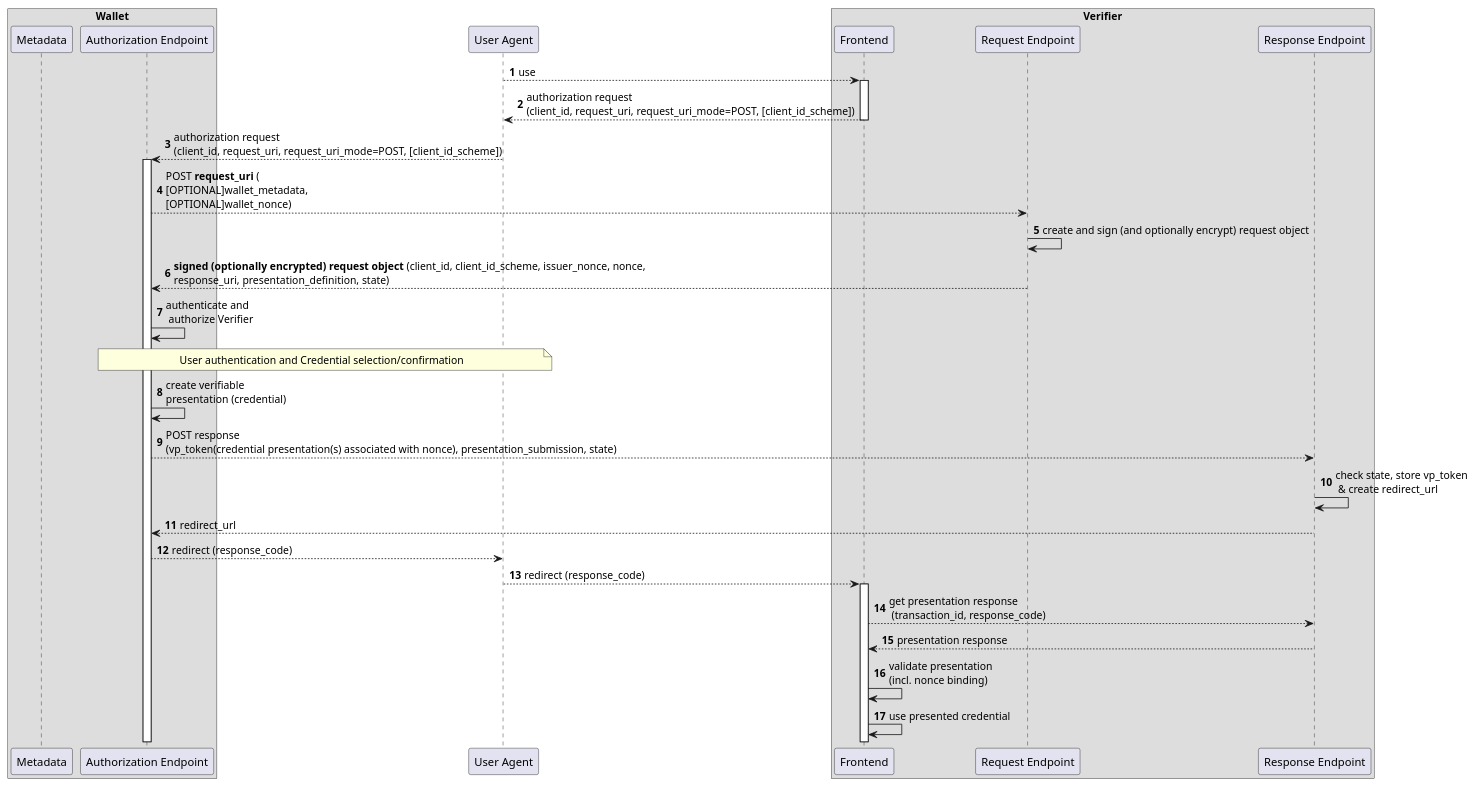
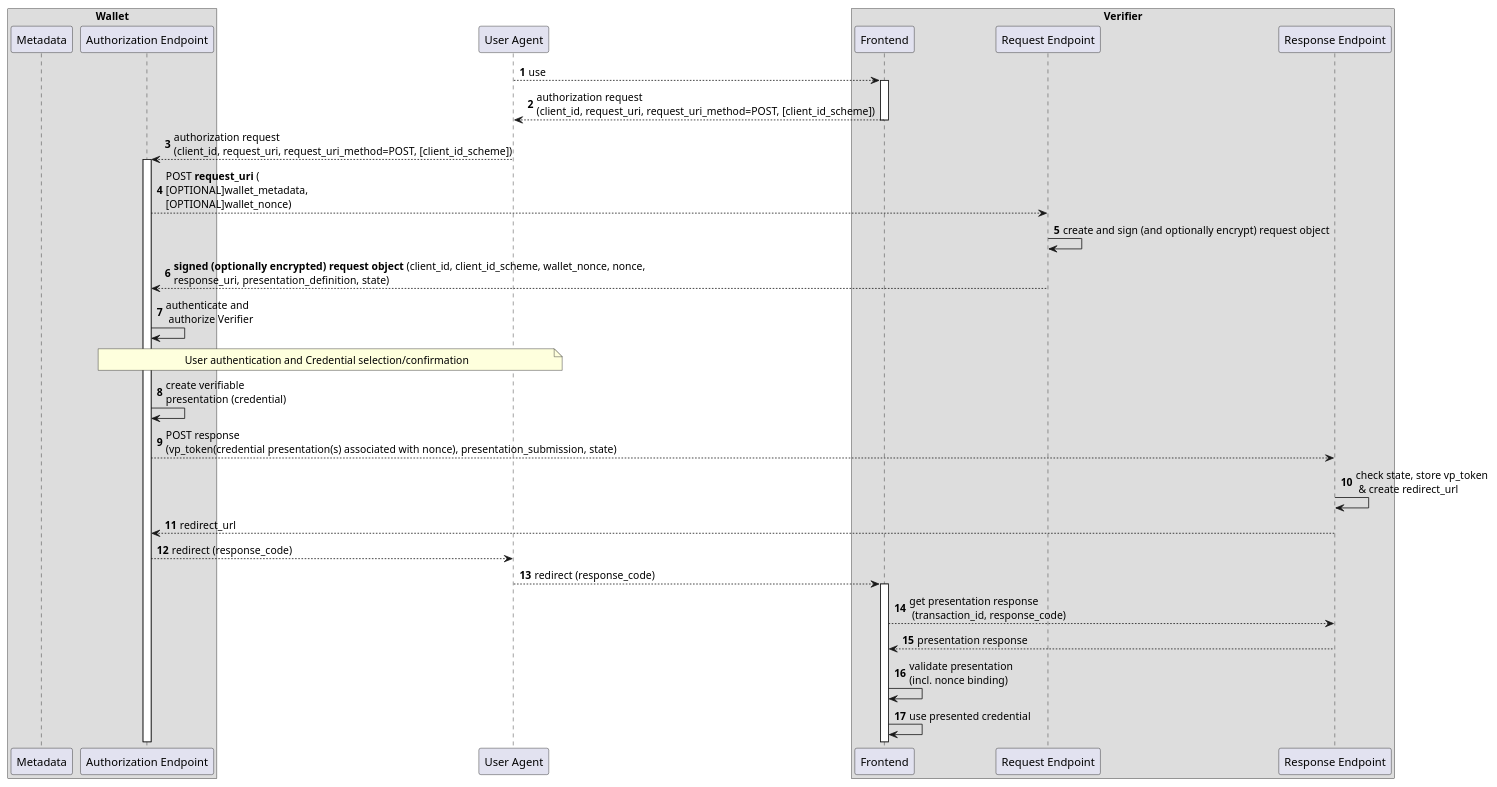
The diagram in diagrams/request_uri_mode_post.md (openid/OpenID4VP), drawn with PlantUML before and after one commit.

Commit message:
Apply suggestions from code review

````diff
--- a/diagrams/request_uri_mode_post.md
+++ b/diagrams/request_uri_mode_post.md
@@ -1,45 +1,45 @@
 ```plantuml
 @startuml
 
 autonumber
 
 box "Wallet"
 participant "Metadata" as wm
 participant "Authorization Endpoint" as w
 end box
 
 participant "User Agent" as u
 
 box "Verifier"
 participant "Frontend" as r
 participant "Request Endpoint" as rp
 participant "Response Endpoint" as rb
 end box
 
 u --> r : use
 activate r
 
-r --> u: authorization request\n(client_id, request_uri, request_uri_mode=POST, [client_id_scheme])
+r --> u: authorization request\n(client_id, request_uri, request_uri_method=POST, [client_id_scheme])
 deactivate r
-u --> w: authorization request\n(client_id, request_uri, request_uri_mode=POST, [client_id_scheme])
+u --> w: authorization request\n(client_id, request_uri, request_uri_method=POST, [client_id_scheme])
 activate w
 w --> rp: POST **request_uri** (\n[OPTIONAL]wallet_metadata, \n[OPTIONAL]wallet_nonce)
 rp -> rp: create and sign (and optionally encrypt) request object 
-rp --> w: **signed (optionally encrypted) request object** (client_id, client_id_scheme, issuer_nonce, nonce, \nresponse_uri, presentation_definition, state)
+rp --> w: **signed (optionally encrypted) request object** (client_id, client_id_scheme, wallet_nonce, nonce, \nresponse_uri, presentation_definition, state)
 w -> w: authenticate and\n authorize Verifier
 
 note over u, w: User authentication and Credential selection/confirmation
 
 w -> w: create verifiable\npresentation (credential)
 w --> rb: POST response \n(vp_token(credential presentation(s) associated with nonce), presentation_submission, state)
 rb -> rb: check state, store vp_token\n & create redirect_url
 rb --> w: redirect_url
 w --> u: redirect (response_code)
 u --> r: redirect (response_code)
 activate r
 r --> rb: get presentation response\n (transaction_id, response_code)
 rb --> r: presentation response
 r -> r: validate presentation \n(incl. nonce binding)
 r -> r: use presented credential 
 @enduml
 ```
````
